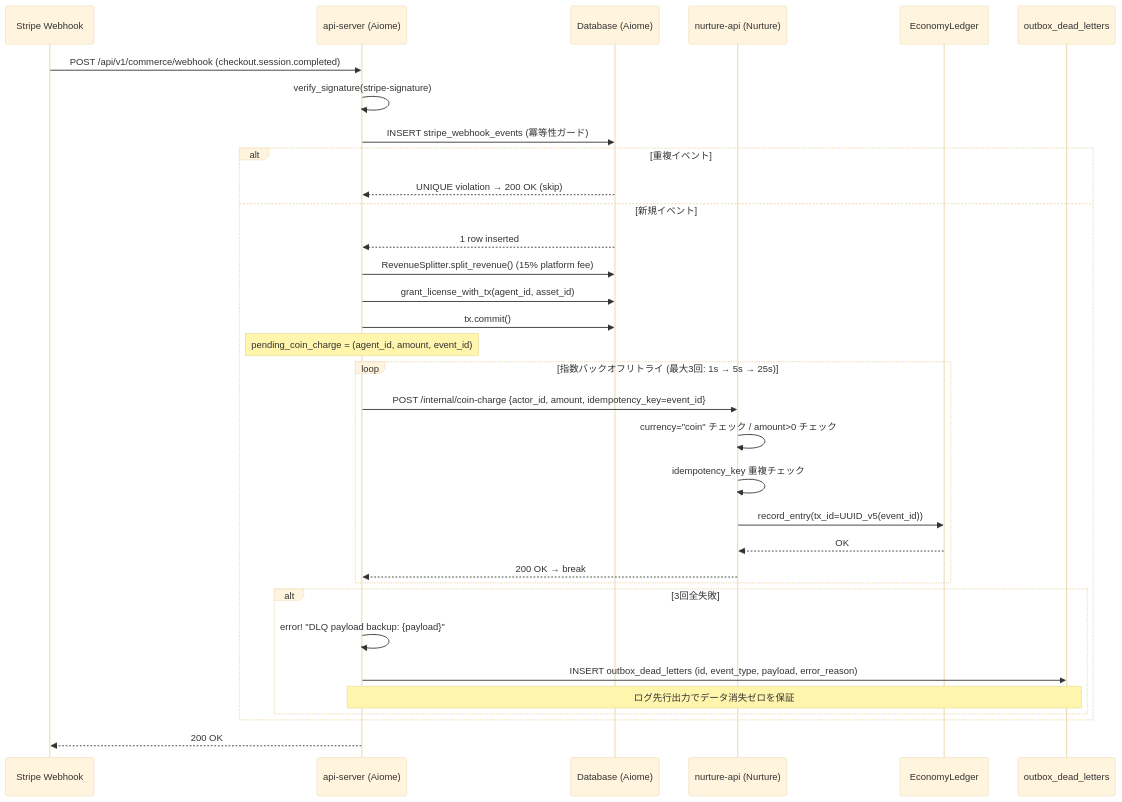
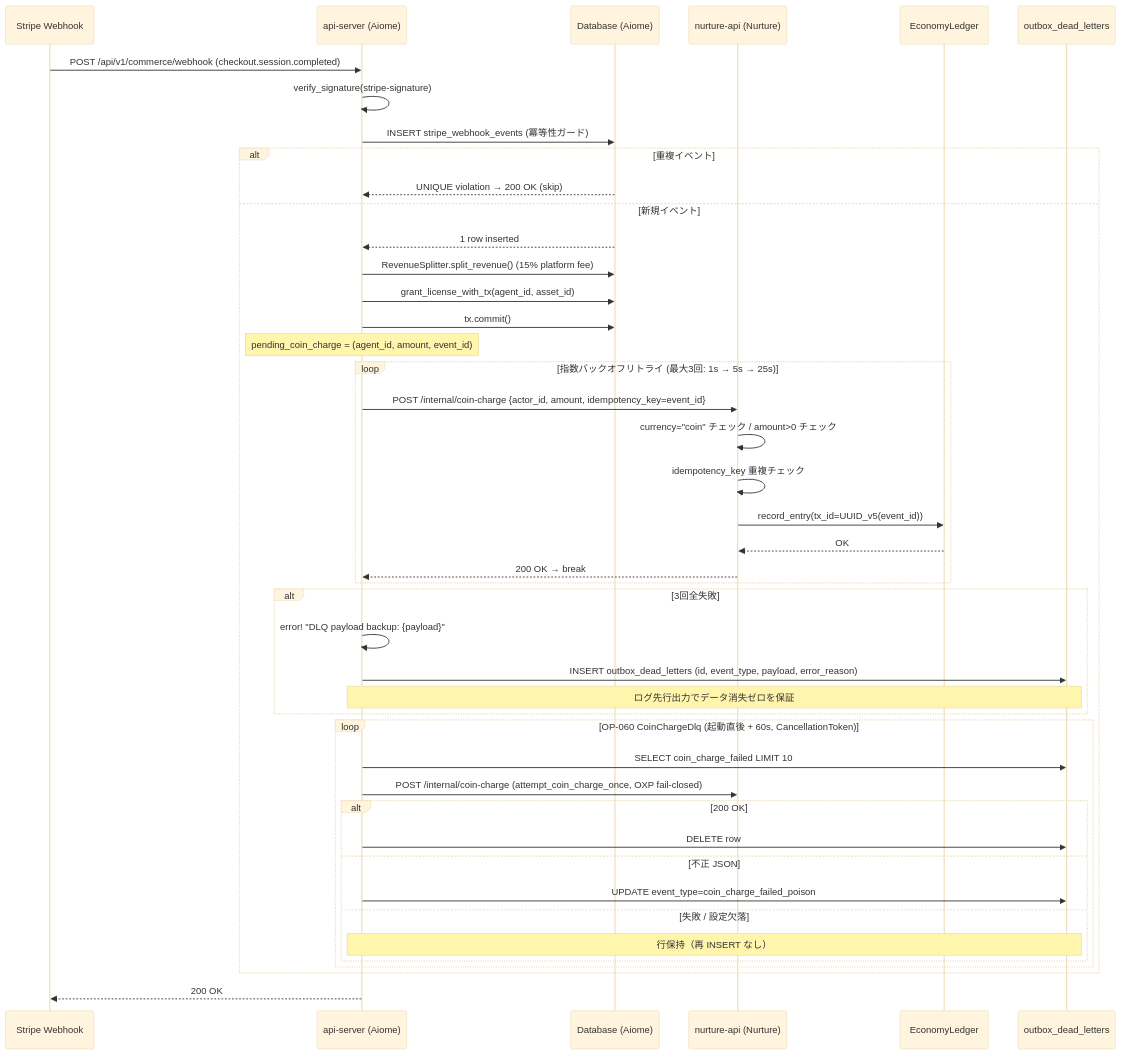
The sixth of 22 diagrams in docs/architecture/AIOME_NURTURE_SYNERGY.md (for4xex-droid/modular-open-claw), drawn with Mermaid (base theme) before and after one commit. The commit also changed other lines of this file and 33 other files, not shown here.

````diff
--- a/docs/architecture/AIOME_NURTURE_SYNERGY.md
+++ b/docs/architecture/AIOME_NURTURE_SYNERGY.md
@@ -408,38 +408,50 @@
 ```mermaid
 sequenceDiagram
     participant Stripe as Stripe Webhook
     participant API as api-server (Aiome)
     participant DB as Database (Aiome)
     participant NAPI as nurture-api (Nurture)
     participant Ledger as EconomyLedger
     participant DLQ as outbox_dead_letters
 
     Stripe->>API: POST /api/v1/commerce/webhook (checkout.session.completed)
     API->>API: verify_signature(stripe-signature)
     API->>DB: INSERT stripe_webhook_events (冪等性ガード)
     alt 重複イベント
         DB-->>API: UNIQUE violation → 200 OK (skip)
     else 新規イベント
         DB-->>API: 1 row inserted
         API->>DB: RevenueSplitter.split_revenue() (15% platform fee)
         API->>DB: grant_license_with_tx(agent_id, asset_id)
         API->>DB: tx.commit()
         note over API: pending_coin_charge = (agent_id, amount, event_id)
 
         loop 指数バックオフリトライ (最大3回: 1s → 5s → 25s)
             API->>NAPI: POST /internal/coin-charge {actor_id, amount, idempotency_key=event_id}
             NAPI->>NAPI: currency="coin" チェック / amount>0 チェック
             NAPI->>NAPI: idempotency_key 重複チェック
             NAPI->>Ledger: record_entry(tx_id=UUID_v5(event_id))
             Ledger-->>NAPI: OK
             NAPI-->>API: 200 OK → break
         end
 
         alt 3回全失敗
             API->>API: error! "DLQ payload backup: {payload}"
             API->>DLQ: INSERT outbox_dead_letters (id, event_type, payload, error_reason)
             note over API,DLQ: ログ先行出力でデータ消失ゼロを保証
         end
+
+        loop OP-060 CoinChargeDlq (起動直後 + 60s, CancellationToken)
+            API->>DLQ: SELECT coin_charge_failed LIMIT 10
+            API->>NAPI: POST /internal/coin-charge (attempt_coin_charge_once, OXP fail-closed)
+            alt 200 OK
+                API->>DLQ: DELETE row
+            else 不正 JSON
+                API->>DLQ: UPDATE event_type=coin_charge_failed_poison
+            else 失敗 / 設定欠落
+                note over API,DLQ: 行保持（再 INSERT なし）
+            end
+        end
     end
     API-->>Stripe: 200 OK
 ```
````
